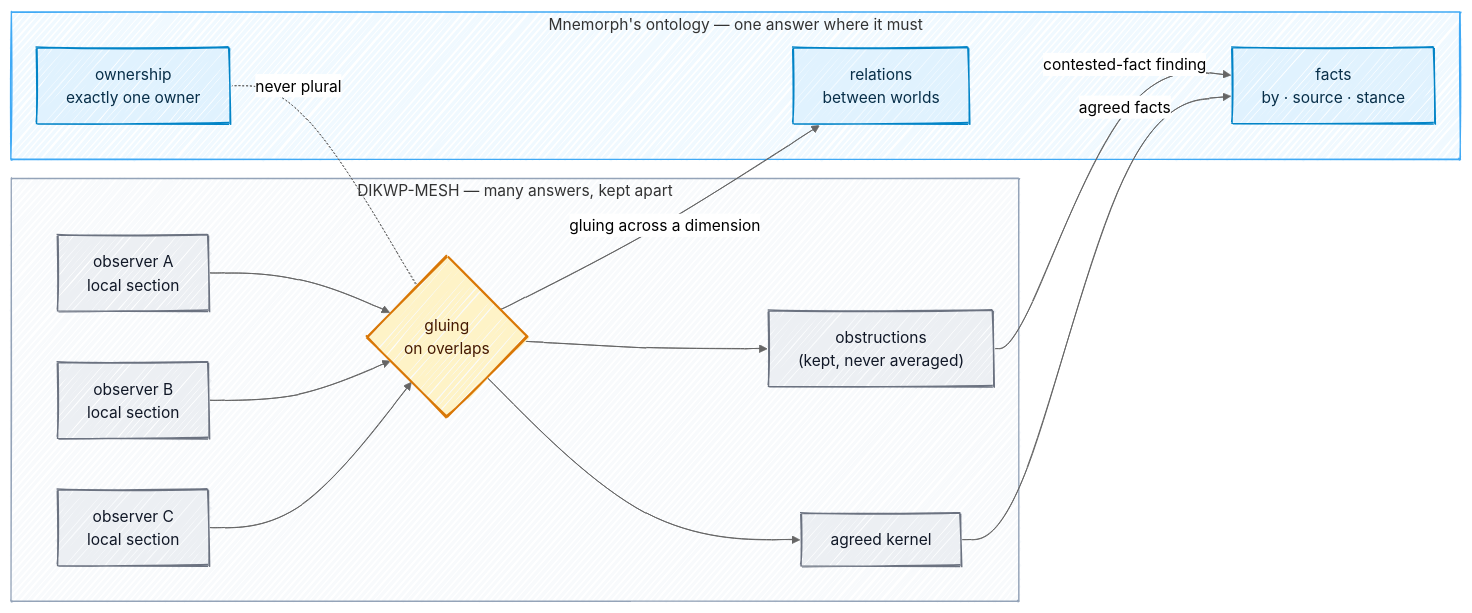
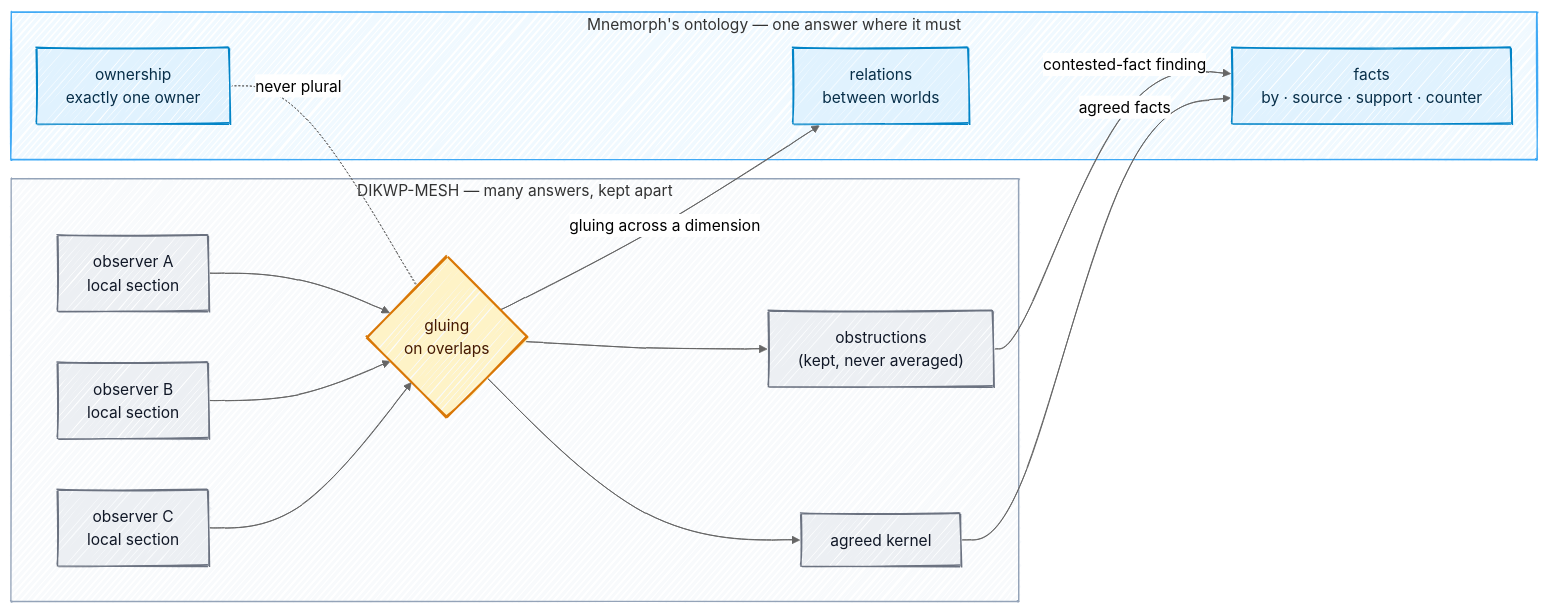
One commit to Kaginari/mnemorph changed the first of 3 diagrams in docs/research/dikwp-mesh.md. Above: the diagram before and after it, drawn with Mermaid. The commit also changed other lines of this file and 7 other files, not shown here.

````diff
--- a/docs/research/dikwp-mesh.md
+++ b/docs/research/dikwp-mesh.md
@@ -11,40 +11,40 @@
 ```mermaid
 ---
 config:
   look: handDrawn
   theme: neutral
   flowchart:
     wrappingWidth: 360
 ---
 flowchart LR
     subgraph mesh["DIKWP-MESH — many answers, kept apart"]
       O1["observer A<br/>local section"]
       O2["observer B<br/>local section"]
       O3["observer C<br/>local section"]
       GL{"gluing<br/>on overlaps"}
       K["agreed kernel"]
       OB["obstructions<br/>(kept, never averaged)"]
       O1 --> GL
       O2 --> GL
       O3 --> GL
       GL --> K
       GL --> OB
     end
     subgraph onto["Mnemorph's ontology — one answer where it must"]
       OWN["ownership<br/>exactly one owner"]
-      FACT["facts<br/>by · source · stance"]
+      FACT["facts<br/>by · source · support · counter"]
       REL["relations<br/>between worlds"]
     end
     OB -->|"contested-fact finding"| FACT
     K -->|"agreed facts"| FACT
     GL -->|"gluing across a dimension"| REL
     OWN -. "never plural" .- GL
     classDef outside fill:#eceff3,stroke:#6b7280,stroke-width:1.5px,color:#111827
     class O1,O2,O3,K,OB outside
     classDef gate fill:#fef3c7,stroke:#d97706,stroke-width:2px,color:#451a03
     class GL gate
     classDef step fill:#e0f2fe,stroke:#0284c7,stroke-width:1.5px,color:#082f49
     class OWN,FACT,REL step
     style mesh fill:#f8fafc,stroke:#94a3b8
     style onto fill:#f0f9ff,stroke:#3FA9F5
 ```
````
